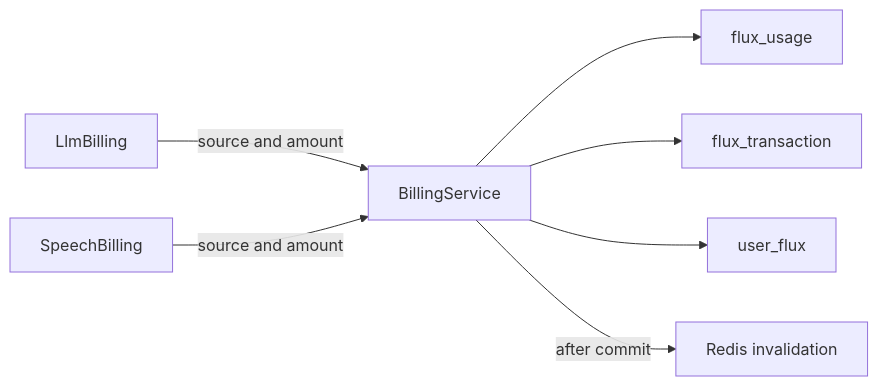
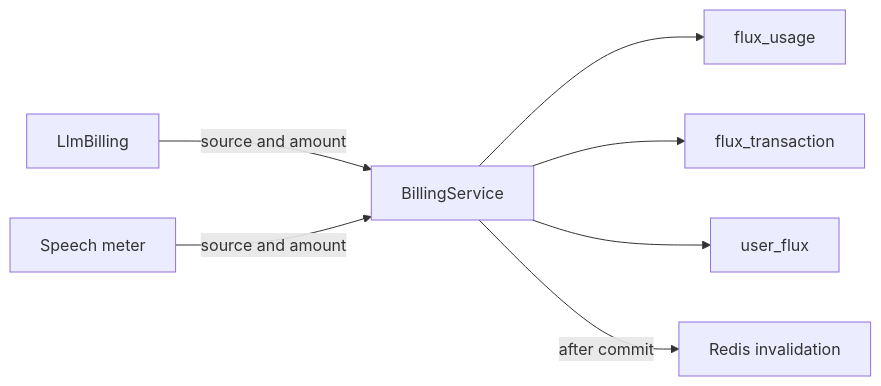
One commit to moeru-ai/airi changed the first of 2 diagrams in server/docs/ai/adr/2026-10-04-flux-usage.md. Above: the diagram before and after it, drawn with Mermaid. The commit also changed 17 other files, not shown here.

````diff
--- a/server/docs/ai/adr/2026-10-04-flux-usage.md
+++ b/server/docs/ai/adr/2026-10-04-flux-usage.md
@@ -64,9 +64,9 @@
 ```mermaid
 flowchart LR
   LLM[LlmBilling] -->|source and amount| Billing[BillingService]
-  Speech[SpeechBilling] -->|source and amount| Billing
+  Speech[Speech meter] -->|source and amount| Billing
   Billing --> Usage[flux_usage]
   Billing --> Ledger[flux_transaction]
   Billing --> Wallet[user_flux]
   Billing -->|after commit| Cache[Redis invalidation]
 ```
````
